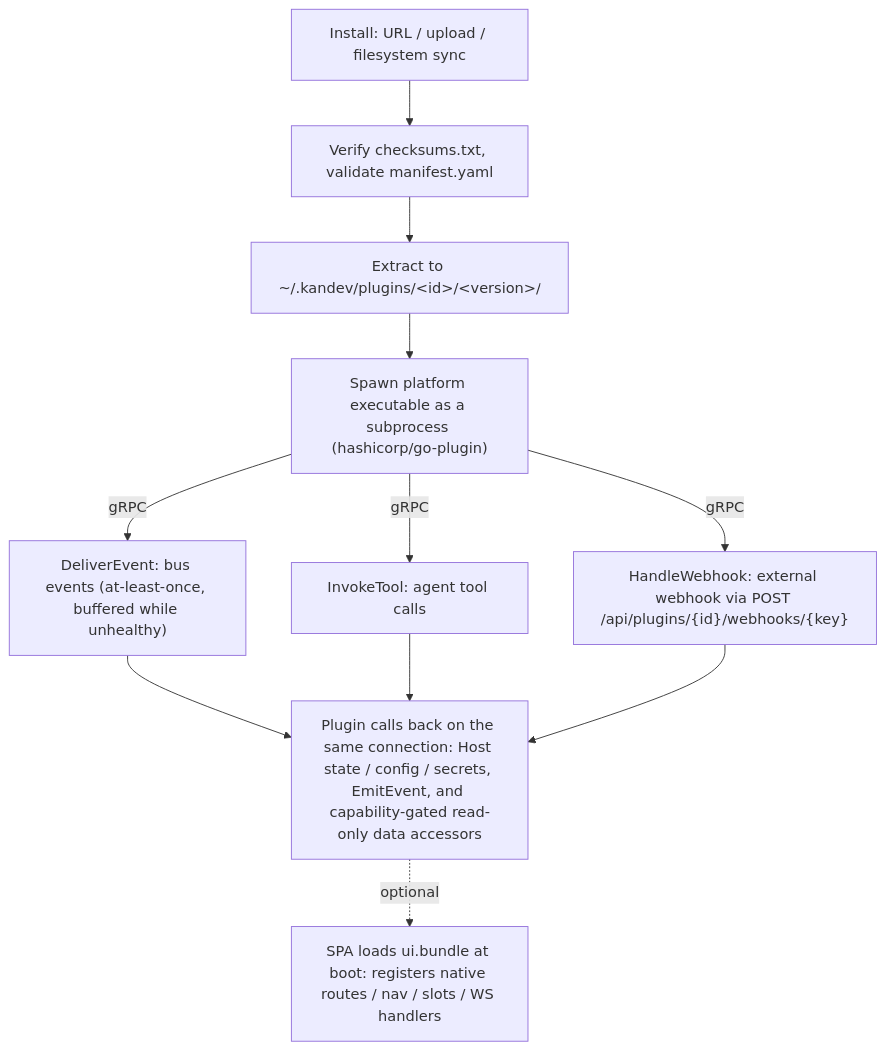
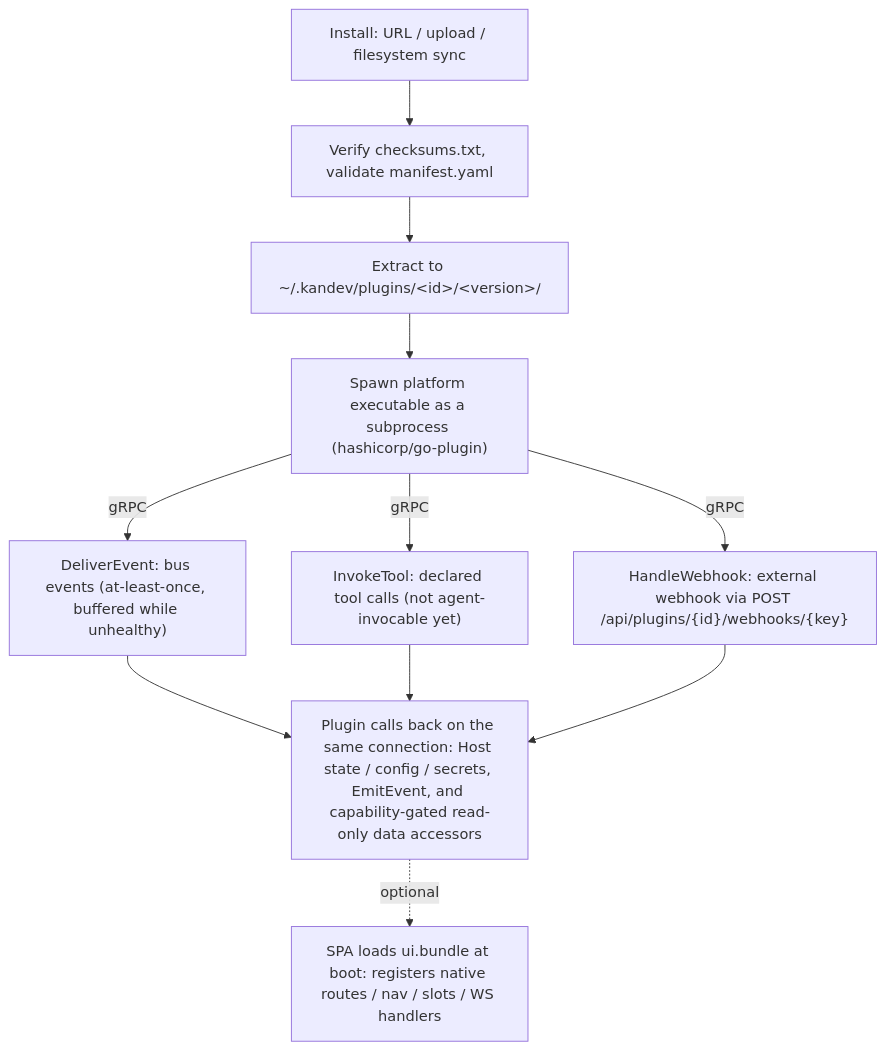
One commit to kdlbs/kandev changed the diagram in docs/public/plugins.md. Above: the diagram before and after it, drawn with Mermaid. The commit also changed 2 other files, not shown here.

Commit message:
docs: clarify plugin tools are declared/listed, not agent-invocable yet
Plugin tools[] are validated and exposed via GET /api/plugins/tools, and
the gRPC InvokeTool transport is implemented and tested, but nothing in
production calls it — no agent, MCP bridge, or HTTP route. The docs
overstated this as agent-invocable. Correct the Plugin interface comment,
the manifest tools[] rows, the how-it-works diagram, and the example
plugin description, and add a note in both the authoring and manifest
pages that InvokeTool stays unused until the agent-tool wiring ships.

````diff
--- a/docs/public/plugins.md
+++ b/docs/public/plugins.md
@@ -27,13 +27,13 @@
 ```mermaid
 flowchart TD
     Install["Install: URL / upload / filesystem sync"] --> Verify["Verify checksums.txt, validate manifest.yaml"]
     Verify --> Extract["Extract to ~/.kandev/plugins/&lt;id&gt;/&lt;version&gt;/"]
     Extract --> Spawn["Spawn platform executable as a subprocess (hashicorp/go-plugin)"]
     Spawn -->|gRPC| Deliver["DeliverEvent: bus events (at-least-once, buffered while unhealthy)"]
-    Spawn -->|gRPC| Invoke["InvokeTool: agent tool calls"]
+    Spawn -->|gRPC| Invoke["InvokeTool: declared tool calls (not agent-invocable yet)"]
     Spawn -->|gRPC| Webhook["HandleWebhook: external webhook via POST /api/plugins/{id}/webhooks/{key}"]
     Deliver --> Host["Plugin calls back on the same connection: Host state / config / secrets, EmitEvent, and capability-gated read-only data accessors"]
     Invoke --> Host
     Webhook --> Host
     Host -.optional.-> UI["SPA loads ui.bundle at boot: registers native routes / nav / slots / WS handlers"]
 ```
````
